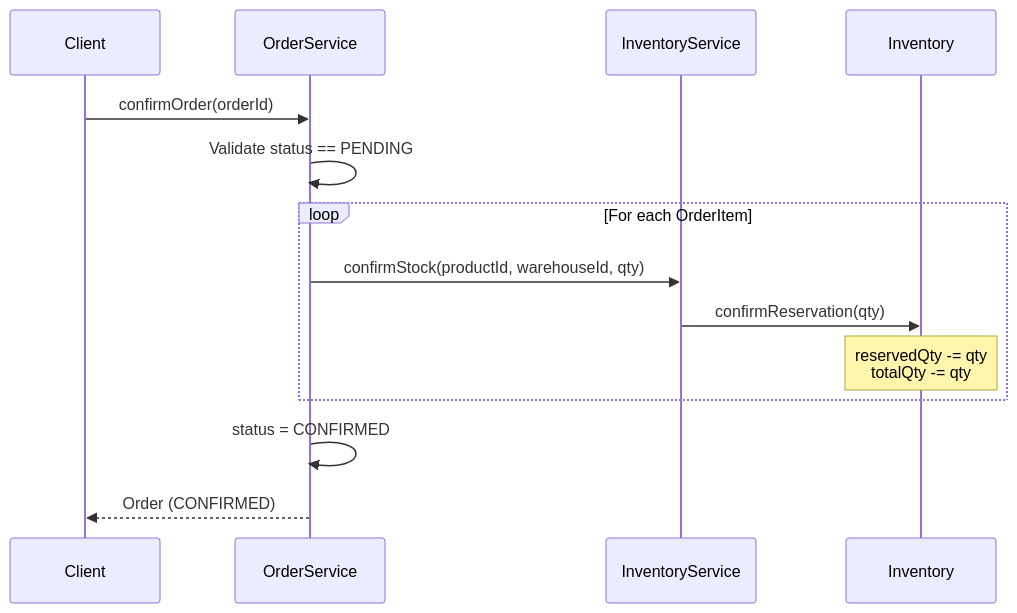
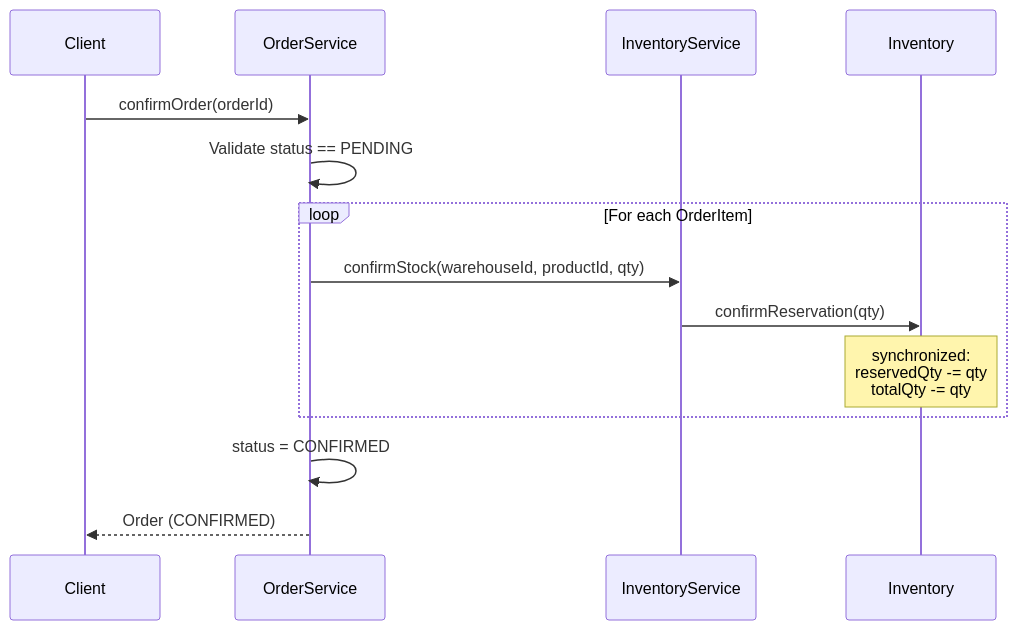
One commit to puja081/DesignPattern changed the fourth of 5 diagrams in src/main/java/com/design/inventory_management_system/README.md. Above: the diagram before and after it, drawn with Mermaid. The commit also changed other lines of this file and 1 other file, not shown here.

````diff
--- a/src/main/java/com/design/inventory_management_system/README.md
+++ b/src/main/java/com/design/inventory_management_system/README.md
@@ -268,19 +352,19 @@
 ```mermaid
 sequenceDiagram
     participant C as Client
     participant OS as OrderService
     participant IS as InventoryService
     participant I as Inventory
 
     C->>OS: confirmOrder(orderId)
     OS->>OS: Validate status == PENDING
 
     loop For each OrderItem
-        OS->>IS: confirmStock(productId, warehouseId, qty)
+        OS->>IS: confirmStock(warehouseId, productId, qty)
         IS->>I: confirmReservation(qty)
-        Note over I: reservedQty -= qty<br/>totalQty -= qty
+        Note over I: synchronized:<br/>reservedQty -= qty<br/>totalQty -= qty
     end
 
     OS->>OS: status = CONFIRMED
     OS-->>C: Order (CONFIRMED)
 ```
````
